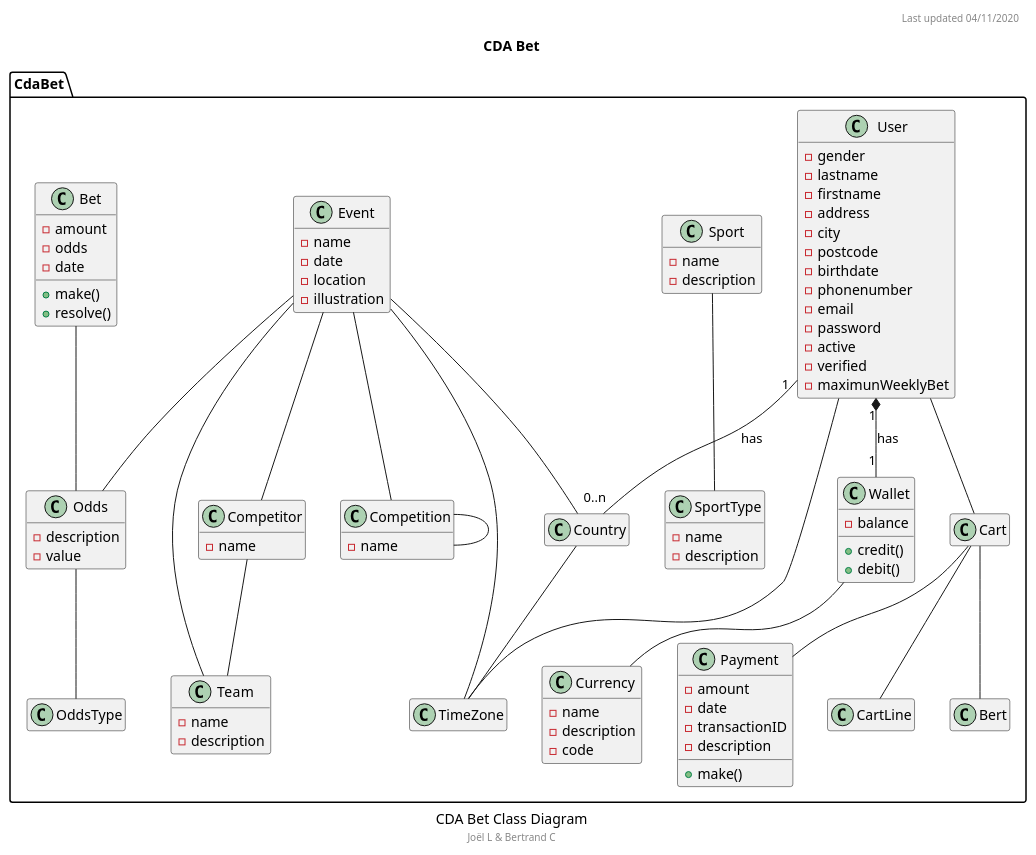
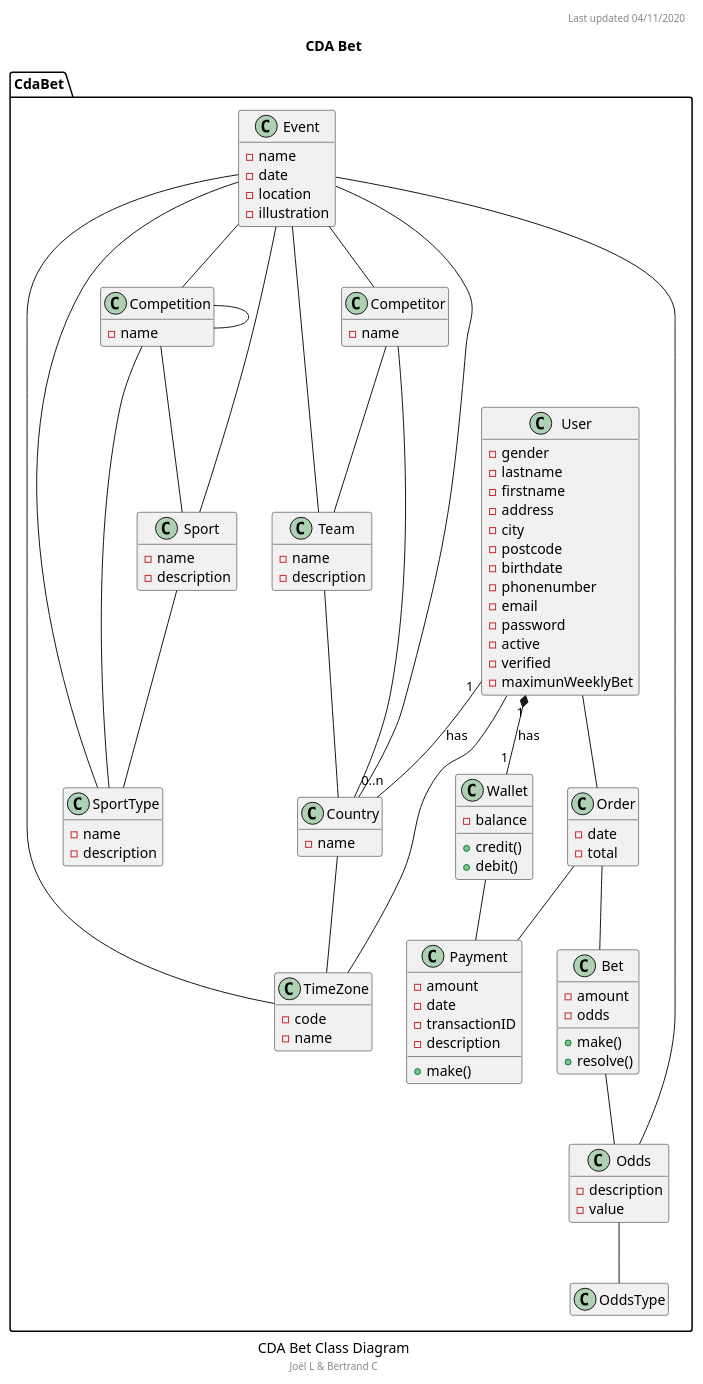
One commit to OFP-CDA-Mulhouse-2020/parisportif1 changed the first of 2 diagrams in docs/diagrams/src/CDA Bet.wsd. Above: the diagram before and after it, drawn with PlantUML. The commit also changed 1 other file, not shown here.

Commit message:
Class diagram update

```diff
--- a/docs/diagrams/src/CDA Bet.wsd
+++ b/docs/diagrams/src/CDA Bet.wsd
@@ -1,126 +1,125 @@
 @startuml "CDA Bet Class Diagram"
 hide empty members
 caption CDA Bet Class Diagram
 footer Joël L & Bertrand C
 header Last updated 04/11/2020
 title CDA Bet
 
 namespace CdaBet {
     ' Abstract class for people?
     class User {
         -gender
         -lastname
         -firstname
         -address
         -city
         -postcode
         -birthdate
         -phonenumber
         -email
         -password
         -active
         -verified
         -maximunWeeklyBet
     }
 
     class Country{
+        -name
     }
 
     class TimeZone{
-    }
-
-
-    class Currency {
+        -code
         -name
-        -description
-        -code
     }
 
     class Wallet {
         -balance
         +credit()
         +debit()
     }
 
     class Payment {
         -amount
         -date
         -transactionID
         -description
         +make()
     }
 
     class Sport {
         -name
         -description
     }
 
     class SportType {
         -name
         -description
     }
 
     class Competitor {
         -name
     }
 
     class Team {
         -name
         -description
     }
 
     class Event {
         -name
         -date
         -location
         -illustration
     }
 
     class Competition {
         -name
     }
 
     class Odds {
         -description
         -value
     }
 
     class OddsType {
     }
 
     class Bet {
         -amount
         -odds
-        -date
         +make()
         +resolve()
     }
 
-    class Cart {
-    }
-
-    class CartLine {
+    class Order {
+        -date
+        -total
     }
 
     User "1" *-- "1" Wallet : has
     User "1" -- "0..n" Country : has
     User -- TimeZone
     Country -- TimeZone
-    Wallet -- Currency
+    Wallet -- Payment
     Sport -- SportType
     Competitor -- Team
+    Competitor -- Country
+    Team -- Country
     Odds -- OddsType
     Bet -- Odds
     Event -- Competition
     Competition -- Competition
-    Cart -- CartLine
-    Cart -- Payment
+    Competition -- Sport
+    Competition -- SportType
+    Order -- Payment
     Event -- Odds
+    Event -- Sport
+    Event -- SportType
     Event -- Competitor
     Event -- Team
     Event -- Country
     Event -- TimeZone
-    User -- Cart
-    Cart -- Bert
+    User -- Order
+    Order -- Bet
 }
 @enduml
```
